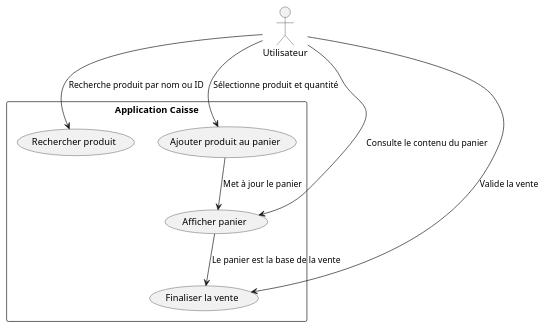
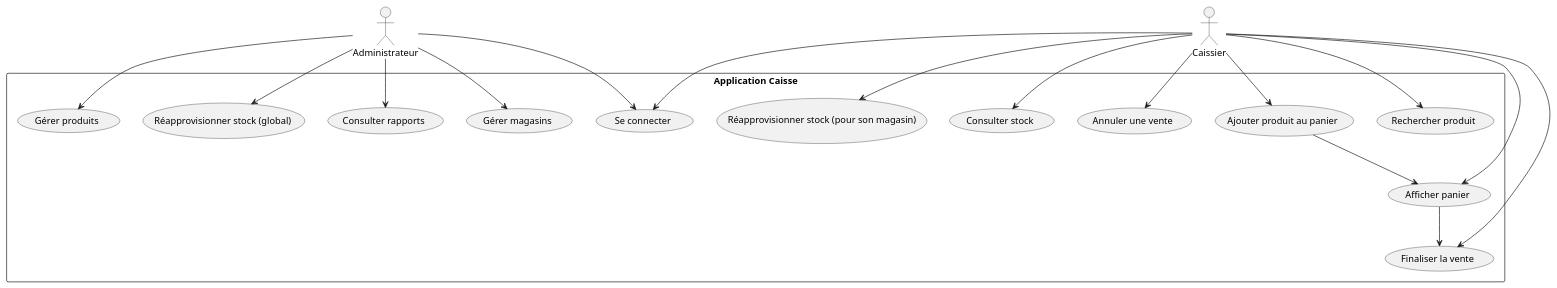
Before and after one commit to CedricBosseETS/Lab0_CedricBosse: the diagram in docs/UML/useCaseScenarios.puml, drawn with PlantUML. The commit also changed 7 other files, not shown here.

```diff
--- a/docs/UML/useCaseScenarios.puml
+++ b/docs/UML/useCaseScenarios.puml
@@ -1,19 +1,40 @@
 @startuml
-actor "Utilisateur" as User
+actor "Caissier" as Caissier
+actor "Administrateur" as Admin
 
 rectangle "Application Caisse" {
+  usecase "Se connecter" as UC0
+
   usecase "Rechercher produit" as UC1
   usecase "Ajouter produit au panier" as UC2
   usecase "Afficher panier" as UC3
   usecase "Finaliser la vente" as UC4
+  usecase "Annuler une vente" as UC5
+
+  usecase "Consulter stock" as UC6
+  usecase "Réapprovisionner stock (pour son magasin)" as UC7a
+
+  usecase "Réapprovisionner stock (global)" as UC7b
+  usecase "Gérer produits" as UC8
+  usecase "Gérer magasins" as UC9
+  usecase "Consulter rapports" as UC10
 }
 
-User --> UC1 : Recherche produit par nom ou ID
-User --> UC2 : Sélectionne produit et quantité
-User --> UC3 : Consulte le contenu du panier
-User --> UC4 : Valide la vente
+Caissier --> UC0
+Caissier --> UC1
+Caissier --> UC2
+Caissier --> UC3
+Caissier --> UC4
+Caissier --> UC5
+Caissier --> UC6
+Caissier --> UC7a
 
-UC2 --> UC3 : Met à jour le panier
-UC3 --> UC4 : Le panier est la base de la vente
+Admin --> UC0
+Admin --> UC7b
+Admin --> UC8
+Admin --> UC9
+Admin --> UC10
 
+UC2 --> UC3
+UC3 --> UC4
 @enduml
```
